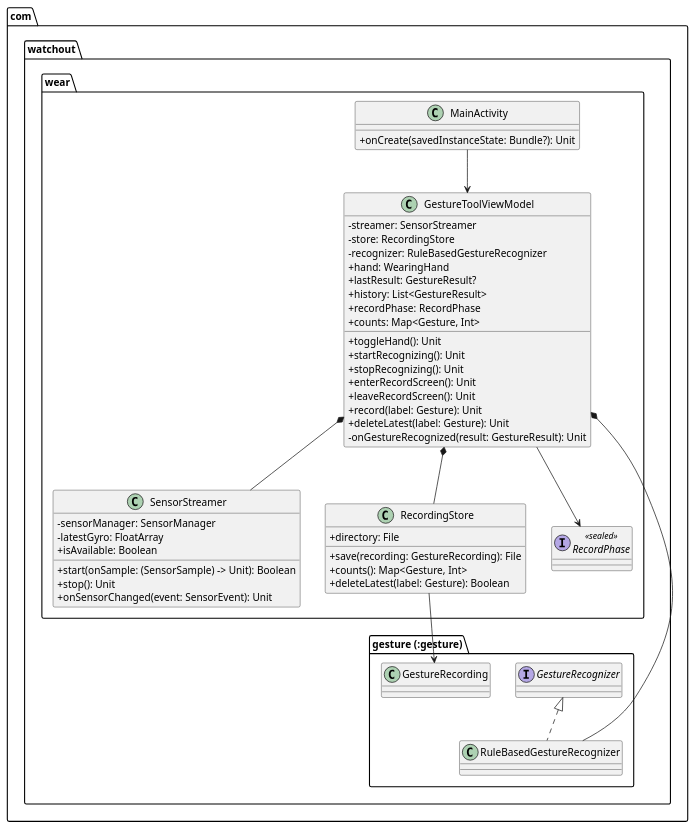
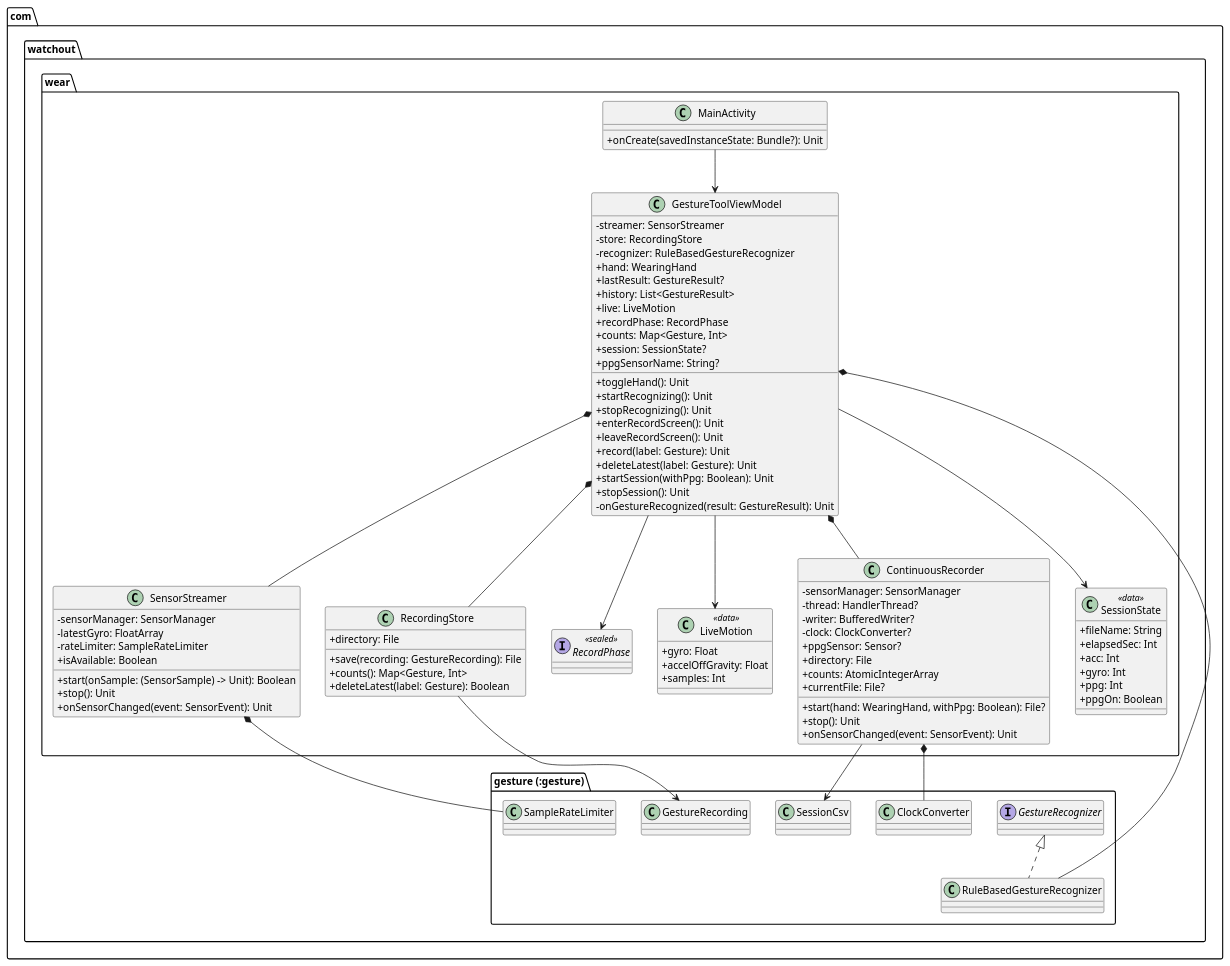
Before and after one commit to W-tch0ut/watchout: the first of 2 diagrams in docs/uml/wear-gesture-tool.puml, drawn with PlantUML. The commit also changed 19 other files, not shown here.

```diff
--- a/docs/uml/wear-gesture-tool.puml
+++ b/docs/uml/wear-gesture-tool.puml
@@ -2,60 +2,105 @@
 @startuml
 skinparam classAttributeIconSize 0
 
 package "com.watchout.wear" {
     class MainActivity {
         + onCreate(savedInstanceState: Bundle?): Unit
     }
 
     class GestureToolViewModel {
         - streamer: SensorStreamer
         - store: RecordingStore
         - recognizer: RuleBasedGestureRecognizer
         + hand: WearingHand
         + lastResult: GestureResult?
         + history: List<GestureResult>
+        + live: LiveMotion
         + recordPhase: RecordPhase
         + counts: Map<Gesture, Int>
         + toggleHand(): Unit
         + startRecognizing(): Unit
         + stopRecognizing(): Unit
         + enterRecordScreen(): Unit
         + leaveRecordScreen(): Unit
         + record(label: Gesture): Unit
         + deleteLatest(label: Gesture): Unit
+        + session: SessionState?
+        + ppgSensorName: String?
+        + startSession(withPpg: Boolean): Unit
+        + stopSession(): Unit
         - onGestureRecognized(result: GestureResult): Unit
     }
 
     class SensorStreamer {
         - sensorManager: SensorManager
         - latestGyro: FloatArray
+        - rateLimiter: SampleRateLimiter
         + isAvailable: Boolean
         + start(onSample: (SensorSample) -> Unit): Boolean
         + stop(): Unit
         + onSensorChanged(event: SensorEvent): Unit
     }
 
     class RecordingStore {
         + directory: File
         + save(recording: GestureRecording): File
         + counts(): Map<Gesture, Int>
         + deleteLatest(label: Gesture): Boolean
     }
 
     interface RecordPhase <<sealed>>
+
+    class LiveMotion <<data>> {
+        + gyro: Float
+        + accelOffGravity: Float
+        + samples: Int
+    }
+
+    class ContinuousRecorder {
+        - sensorManager: SensorManager
+        - thread: HandlerThread?
+        - writer: BufferedWriter?
+        - clock: ClockConverter?
+        + ppgSensor: Sensor?
+        + directory: File
+        + counts: AtomicIntegerArray
+        + currentFile: File?
+        + start(hand: WearingHand, withPpg: Boolean): File?
+        + stop(): Unit
+        + onSensorChanged(event: SensorEvent): Unit
+    }
+
+
+    class SessionState <<data>> {
+        + fileName: String
+        + elapsedSec: Int
+        + acc: Int
+        + gyro: Int
+        + ppg: Int
+        + ppgOn: Boolean
+    }
 }
 
 package "com.watchout.gesture (:gesture)" {
     interface GestureRecognizer
     class RuleBasedGestureRecognizer
     class GestureRecording
+    class SampleRateLimiter
+    class SessionCsv
+    class ClockConverter
 }
 
 MainActivity --> GestureToolViewModel
 GestureToolViewModel *-- SensorStreamer
 GestureToolViewModel *-- RecordingStore
 GestureToolViewModel *-- RuleBasedGestureRecognizer
 GestureToolViewModel --> RecordPhase
+GestureToolViewModel --> LiveMotion
 GestureRecognizer <|.. RuleBasedGestureRecognizer
 RecordingStore --> GestureRecording
+SensorStreamer *-- SampleRateLimiter
+GestureToolViewModel *-- ContinuousRecorder
+GestureToolViewModel --> SessionState
+ContinuousRecorder --> SessionCsv
+ContinuousRecorder *-- ClockConverter
 @enduml
```
